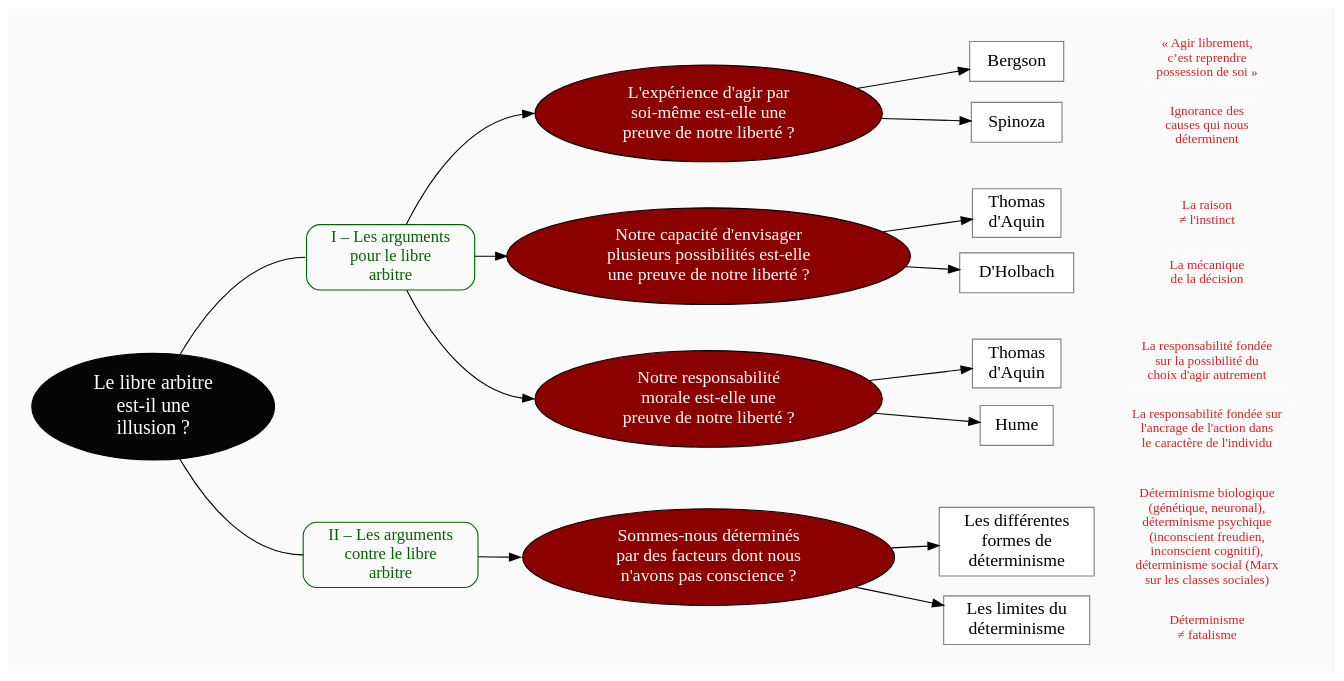
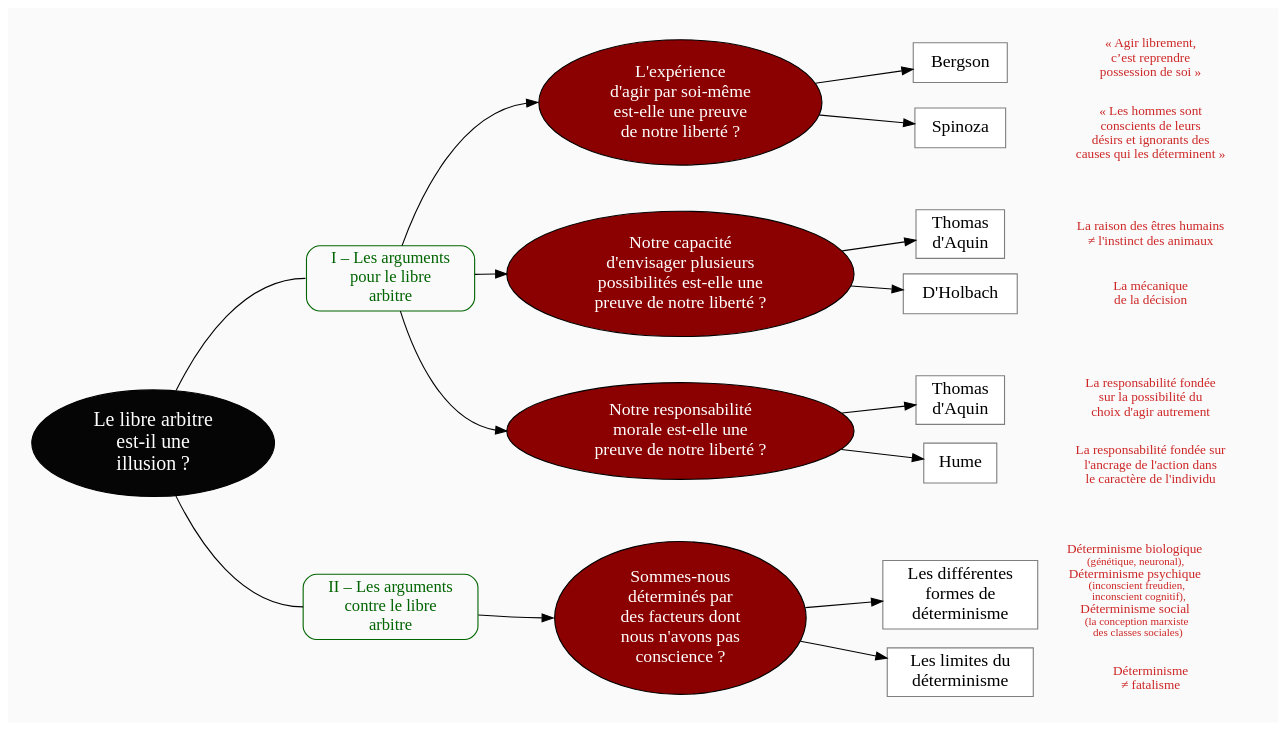
One commit to eyssette/graphviz-examples changed the diagram in plans/plan-cours-details-libre-arbitre.dot. Above: the diagram before and after it, drawn with Graphviz. The commit also changed 1 other file, not shown here.

Commit message:
Update : plan détaillé du cours sur le libre arbitre

```diff
--- a/plans/plan-cours-details-libre-arbitre.dot
+++ b/plans/plan-cours-details-libre-arbitre.dot
@@ -1,152 +1,157 @@
 digraph G {
 // Template : diagram
 // Usage : 
 rankdir=LR
 splines=true
 //splines=curved
 bgcolor=grey98
 pad=0.3
 style=filled
 edge[minlen=3]
 node[style=filled, fontcolor=white]
 ranksep=0.1
 nodesep=0.2
 
 // NIVEAU 1
 node[fillcolor=grey2, fontsize=18]
 a1[label="Le libre arbitre
 est-il une
 illusion ?"]
 
 // NIVEAU 2
 node[fontsize=15, shape=rect, fillcolor=grey98, fontcolor=darkgreen, color=darkgreen, style="filled, rounded"]
 a1->p1[headport=w, arrowhead=none]
 a1->p2[headport=w, arrowhead=none]
 
 p1[label="I – Les arguments
 pour le libre
 arbitre"]
 p2[label="II – Les arguments
 contre le libre
 arbitre"]
 
-{rank=same;p1->p2[style=invis, minlen=15]}
+{rank=same;p1->p2[style=invis, minlen=17]}
 
 node[fontcolor=black, fontsize=16]
 // NIVEAU 3 (sans intermédiaire)
 node [shape=box, fillcolor=white, color=grey50]
 // c1[label=""]
 
 
 
 // INTERMÉDIAIRE AVANT NIVEAU 3
 node[fillcolor=red4, shape=oval, fontcolor=white, color=black, style="filled"]
 // [arrowhead=none]
 // bc1[label=""]
 p1->b1[headport=w]
 p1->b2[headport=w]
 p1->b3[headport=w]
 p2->b4[headport=w]
-b1[label="L'expérience d'agir par
-soi-même est-elle une
-preuve de notre liberté ?"]    
-b2[label="Notre capacité d'envisager
-plusieurs possibilités est-elle
-une preuve de notre liberté ?"]
+b1[label="L'expérience
+d'agir par soi-même
+est-elle une preuve
+de notre liberté ?"]    
+b2[label="Notre capacité
+d'envisager plusieurs
+possibilités est-elle une
+preuve de notre liberté ?"]
 b3[label="Notre responsabilité
 morale est-elle une
 preuve de notre liberté ?"]
-b4[label="Sommes-nous déterminés
-par des facteurs dont nous
-n'avons pas conscience ?"]
+b4[label="Sommes-nous
+déterminés par
+des facteurs dont
+nous n'avons pas
+conscience ?"]
 
 
 
 
 {rank=same;b1->b2->b3[style=invis, minlen=3]}
 {rank=same;b3->b4[style=invis, minlen=4]}
 
 // NIVEAU 3 (avec intermédiaire)
 node[fillcolor=white, shape=box, color=grey50, fontcolor=black]
 // c1[label=""]
 b1->{c1,c2}
 c1[label="Bergson"]
 c2[label="Spinoza"]
 
 b2->{c3,c4}
 c3[label="Thomas
 d'Aquin"]
 c4[label="D'Holbach"]
 
 b3->{c5,c6}
 c5[label="Thomas
 d'Aquin"]
 c6[label="Hume"]
 
 b4->{c7,c8}
 c7[label="Les différentes
 formes de
 déterminisme"]
 c8[label="Les limites du
 déterminisme"]
 
 
-{rank=same;c2->c3[style=invis, minlen=3]}
-{rank=same;c4->c5[style=invis, minlen=3]}
-{rank=same;c6->c7[style=invis, minlen=4]}
+{rank=same;c2->c3[style=invis, minlen=4]}
+{rank=same;c4->c5[style=invis, minlen=4]}
+{rank=same;c6->c7[style=invis, minlen=5]}
 
 // NIVEAU 4
 node[style="filled,rounded", fillcolor=white, shape=box, color=grey50]
 // d1[label=""]
 
 
 // ÉTIQUETTES EN ROUGE
 node[shape=plaintext, fontcolor=firebrick3, fillcolor=grey98, fontsize=12]
 // e1[label=< <B>= Titre</B><BR /><BR />Contenu<BR /> >]
 // e1[label=""]
 // ->e1[minlen=1, style=invis]
 
 e1[label="« Agir librement,
 c’est reprendre
 possession de soi »"]
-e2[label="Ignorance des
-causes qui nous
-déterminent"]
-e3[label="La raison
-≠ l'instinct"]
+e2[label="« Les hommes sont
+conscients de leurs
+désirs et ignorants des
+causes qui les déterminent »"]
+e3[label="La raison des êtres humains
+≠ l'instinct des animaux"]
 e4[label="La mécanique
 de la décision"]
 e5[label="La responsabilité fondée
 sur la possibilité du
 choix d'agir autrement"]
 e6[label="La responsabilité fondée sur
 l'ancrage de l'action dans
 le caractère de l'individu"]
-e7[label="Déterminisme biologique
-(génétique, neuronal),
-déterminisme psychique
-(inconscient freudien,
-inconscient cognitif),
-déterminisme social (Marx
-sur les classes sociales)"]
+e7[label=<Déterminisme biologique<br/>
+<font point-size="10">(génétique, neuronal),</font><br/>
+Déterminisme psychique<br/>
+<font point-size="10">(inconscient freudien,<br/>
+inconscient cognitif),</font><br/>
+Déterminisme social <br/>
+<font point-size="10">(la conception marxiste<br/>des classes sociales)</font>>]
 e8[label="Déterminisme
 ≠ fatalisme"]
 
 c1->e1[minlen=1, style=invis]
 c2->e2[minlen=1, style=invis]
 c3->e3[minlen=1, style=invis]
 c4->e4[minlen=1, style=invis]
 c5->e5[minlen=1, style=invis]
 c6->e6[minlen=1, style=invis]
 c7->e7[minlen=1, style=invis]
 c8->e8[minlen=1, style=invis]
 
 
 // REMARQUES EN BLEU
 node[color=blue, shape=box, margin=0.07, fontcolor=black, fontsize=12, style="dashed", penwidth=0.6]
 edge[color=blue, arrowhead="none", xlabel="", style="dashed", penwidth=0.6]
 // r1[label=""]
 // {rank=same;->r1}
 // {rank=same;r1->[dir=back]}
 
 }
```
